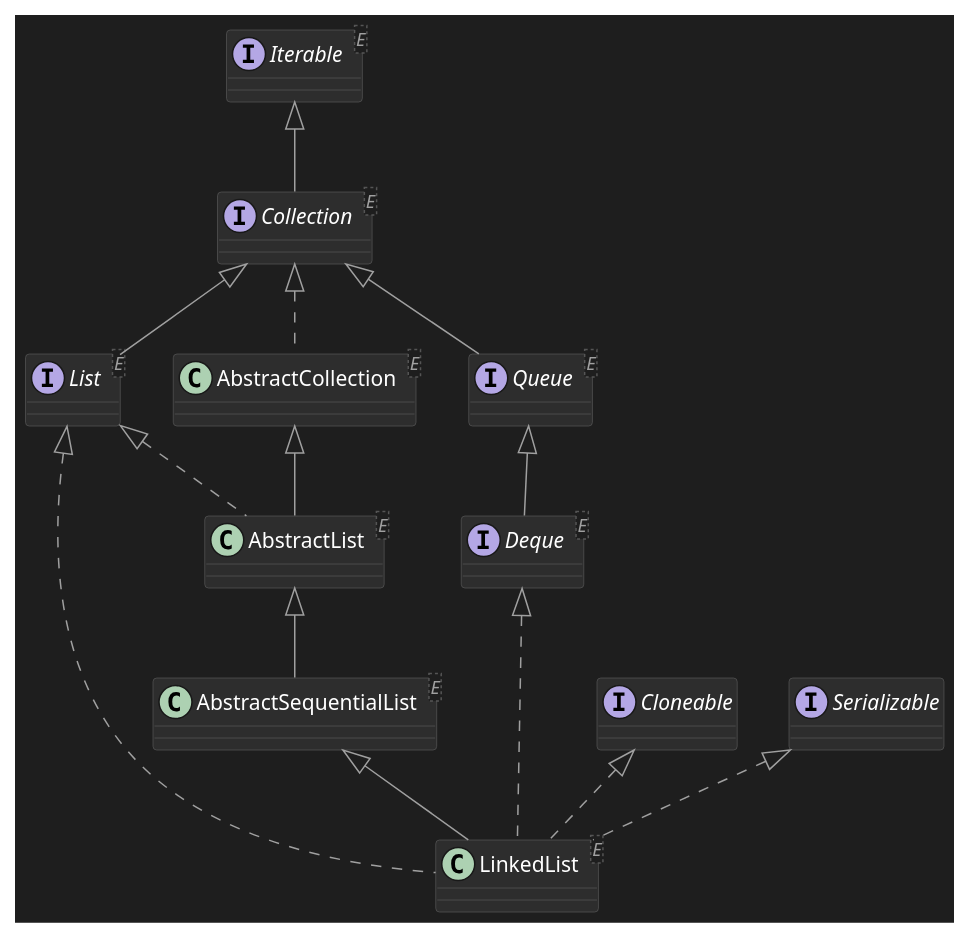
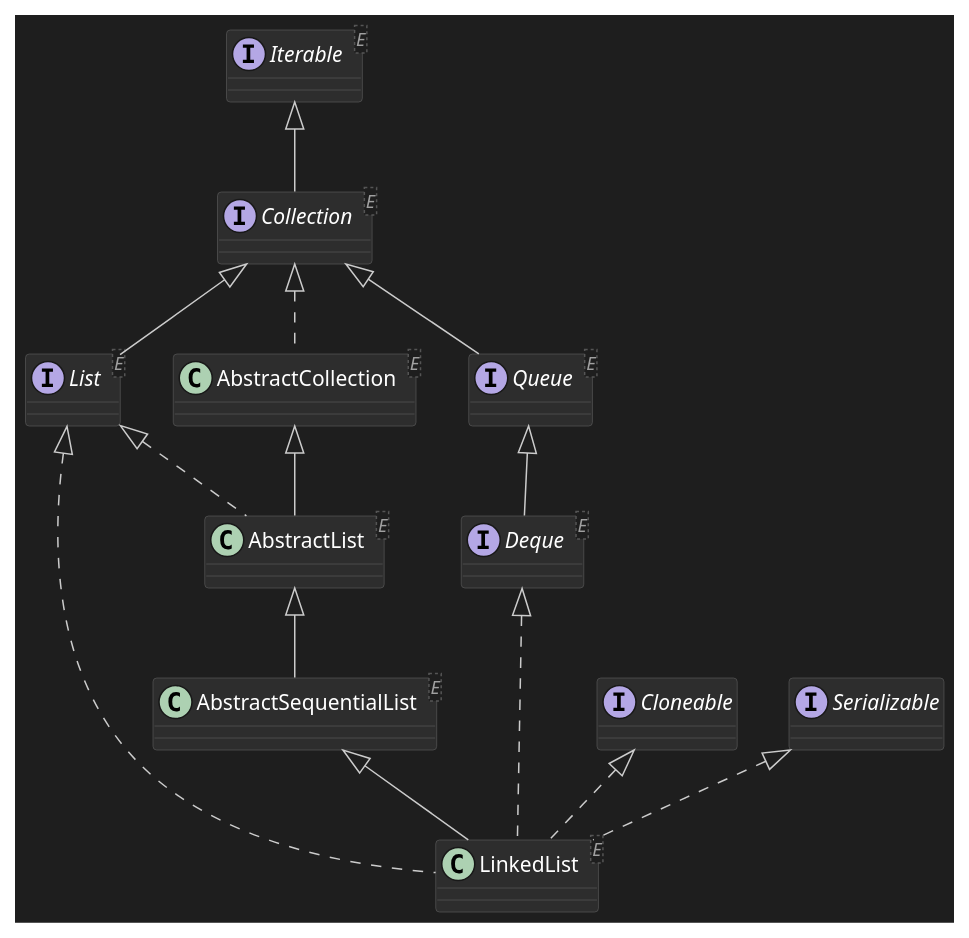
One commit to xihuanxiaorang/my-obsidian-notes changed the diagram in 01.Articles/SourceCodeAnalysis/Java/LinkedList 源码剖析.md. Above: the diagram before and after it, drawn with PlantUML. The commit also changed other lines of this file and 13 other files, not shown here.

````diff
--- a/01.Articles/SourceCodeAnalysis/Java/LinkedList 源码剖析.md
+++ b/01.Articles/SourceCodeAnalysis/Java/LinkedList 源码剖析.md
@@ -17,37 +17,38 @@
 	```plantuml
 	@startuml
 	
 	' 设置背景为深色
 	skinparam backgroundColor #1E1E1E
 	
 	' 设置默认文本颜色为白色
 	skinparam defaultTextColor white
 	
 	' 设置类的背景和边框颜色
 	skinparam ClassBackgroundColor #2D2D2D
 	skinparam ClassBorderColor #555555
 	skinparam ClassFontColor white
 	
 	' 设置类属性和方法的颜色
 	skinparam ClassAttributeIconColor #A0A0A0
 	skinparam ClassStereotypeFontColor #A0A0A0
 	
-	' 设置连接线颜色和箭头颜色
-	skinparam ArrowColor #A0A0A0
-	skinparam LineColor #A0A0A0
+	' 连接线和箭头
+	skinparam ArrowColor #CCCCCC
+	skinparam LineColor #CCCCCC
+	skinparam ArrowFontColor #FFFFFF
 	
 	class LinkedList<E> extends AbstractSequentialList implements List, Deque, Cloneable, Serializable {}
 	class AbstractSequentialList<E> extends AbstractList {}
 	class AbstractList<E> extends AbstractCollection implements List {}
 	class AbstractCollection<E> implements Collection {}
 	
 	interface List<E> extends Collection {}
 	interface Deque<E> extends Queue {}
 	interface Collection<E> extends Iterable {}
 	interface Queue<E> extends Collection {}
 	interface Iterable<E> {}
 	interface Cloneable {}
 	interface Serializable {}
 	
 	@enduml
 	```
````
